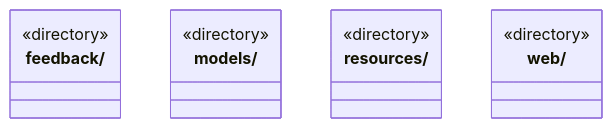
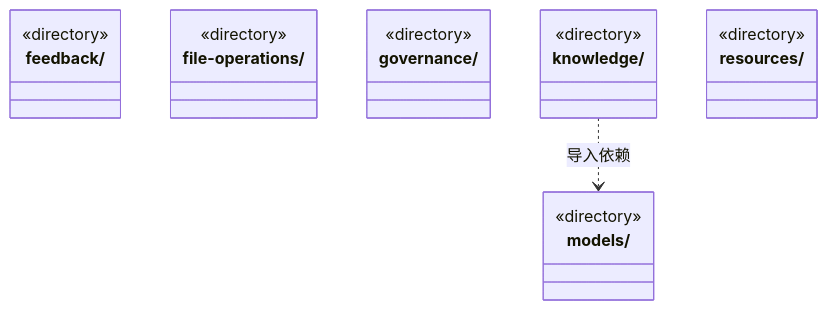
One commit to nan023062/cbim changed the second of 3 diagrams in src/logic/ARCHITECTURE.md. Above: the diagram before and after it, drawn with Mermaid. The commit also changed other lines of this file and 1165 other files, not shown here.

````diff
--- a/src/logic/ARCHITECTURE.md
+++ b/src/logic/ARCHITECTURE.md
@@ -15,15 +41,22 @@
 ```mermaid
 classDiagram
 class N_src_logic_feedback["feedback/"] {
+  <<directory>>
+}
+class N_src_logic_file_operations["file-operations/"] {
+  <<directory>>
+}
+class N_src_logic_governance["governance/"] {
+  <<directory>>
+}
+class N_src_logic_knowledge["knowledge/"] {
   <<directory>>
 }
 class N_src_logic_models["models/"] {
   <<directory>>
 }
 class N_src_logic_resources["resources/"] {
   <<directory>>
 }
-class N_src_logic_web["web/"] {
-  <<directory>>
-}
+N_src_logic_knowledge ..> N_src_logic_models : 导入依赖
 ```
````
